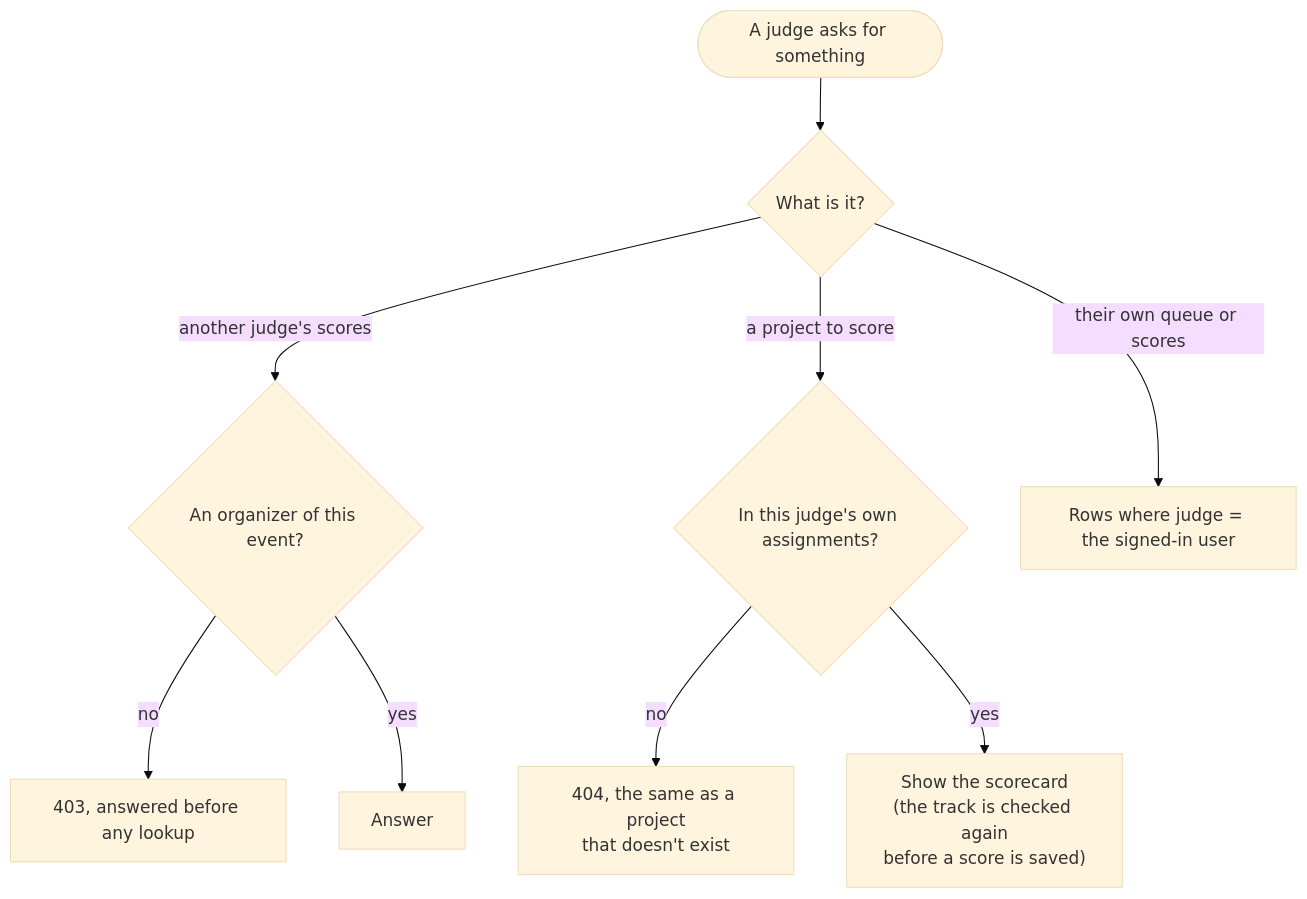
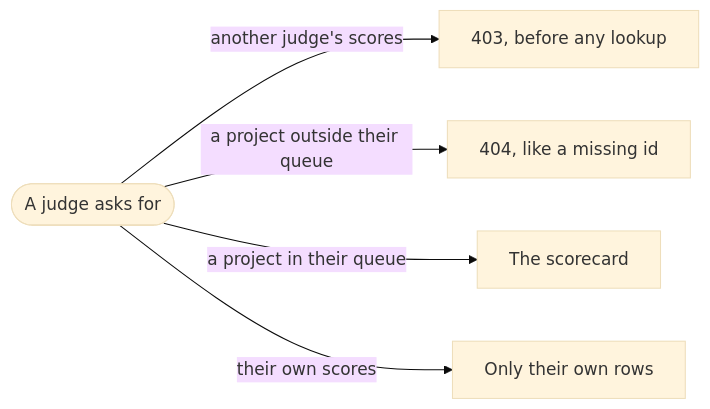
Before and after one commit to manusingh090/Shipshape: the seventh of 19 diagrams in ARCHITECTURE.md, drawn with Mermaid (base theme). The commit also changed other lines of this file and 2 other files, not shown here.

Commit message:
Update files: shorter README, compact diagrams

````diff
--- a/ARCHITECTURE.md
+++ b/ARCHITECTURE.md
@@ -272,11 +260,7 @@
 ```mermaid
-flowchart TD
-    q(["A judge asks for something"]) --> kind{"What is it?"}
-    kind -- "another judge's scores" --> org{"An organizer of this event?"}
-    org -- no --> forbid["403, answered before any lookup"]
-    org -- yes --> answer["Answer"]
-    kind -- "a project to score" --> assigned{"In this judge's own assignments?"}
-    assigned -- no --> nf["404, the same as a project<br/>that doesn't exist"]
-    assigned -- yes --> card["Show the scorecard<br/>(the track is checked again<br/>before a score is saved)"]
-    kind -- "their own queue or scores" --> own["Rows where judge = the signed-in user"]
+flowchart LR
+    q(["A judge asks for"]) -- "another judge's scores" --> forbid["403, before any lookup"]
+    q -- "a project outside their queue" --> nf["404, like a missing id"]
+    q -- "a project in their queue" --> card["The scorecard"]
+    q -- "their own scores" --> own["Only their own rows"]
 ```
````
